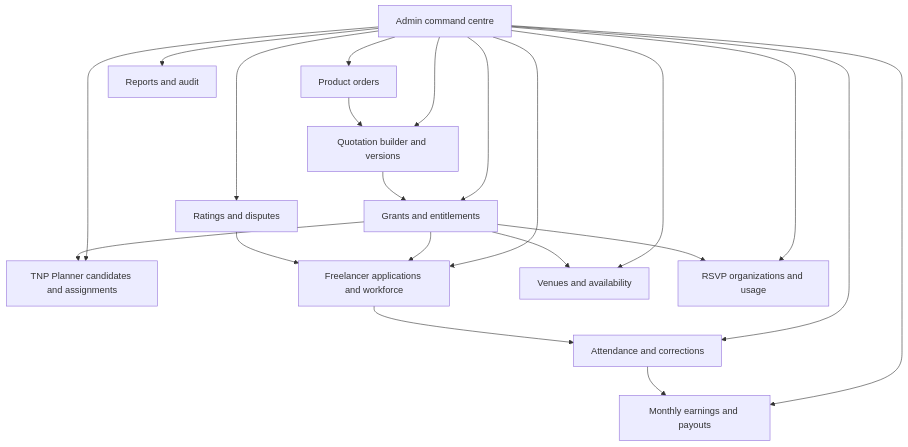
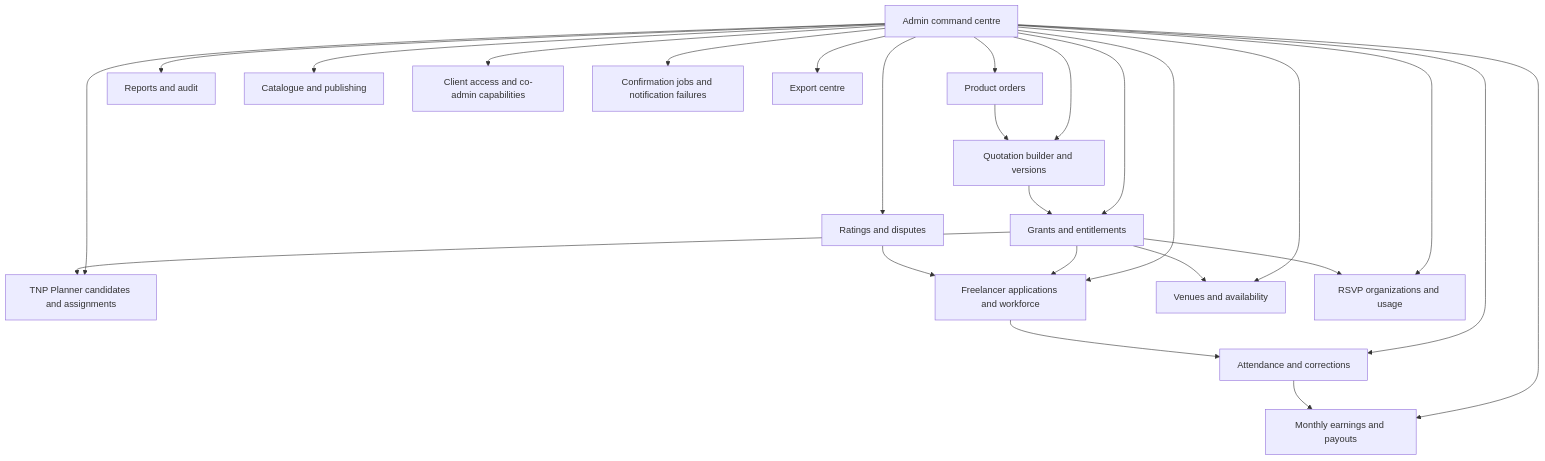
Before and after one commit to tejas104/TNP-Hospitality: diagram 11 of 12 in docs/PLATFORM-USAGE-WORKFLOW-BLUEPRINT.md, drawn with Mermaid. The commit also changed other lines of this file and 15 other files, not shown here.

````diff
--- a/docs/PLATFORM-USAGE-WORKFLOW-BLUEPRINT.md
+++ b/docs/PLATFORM-USAGE-WORKFLOW-BLUEPRINT.md
@@ -324,24 +324,28 @@
 ```mermaid
 flowchart TD
     A[Admin command centre] --> O[Product orders]
     A --> Q[Quotation builder and versions]
     A --> G[Grants and entitlements]
     A --> P[TNP Planner candidates and assignments]
     A --> W[Freelancer applications and workforce]
     A --> V[Venues and availability]
     A --> R[RSVP organizations and usage]
     A --> AT[Attendance and corrections]
     A --> RT[Ratings and disputes]
     A --> F[Monthly earnings and payouts]
     A --> RP[Reports and audit]
+    A --> C[Catalogue and publishing]
+    A --> CA[Client access and co-admin capabilities]
+    A --> N[Confirmation jobs and notification failures]
+    A --> EX[Export centre]
 
     O --> Q
     Q --> G
     G --> P
     G --> V
     G --> W
     G --> R
     W --> AT
     AT --> F
     RT --> W
 ```
````
